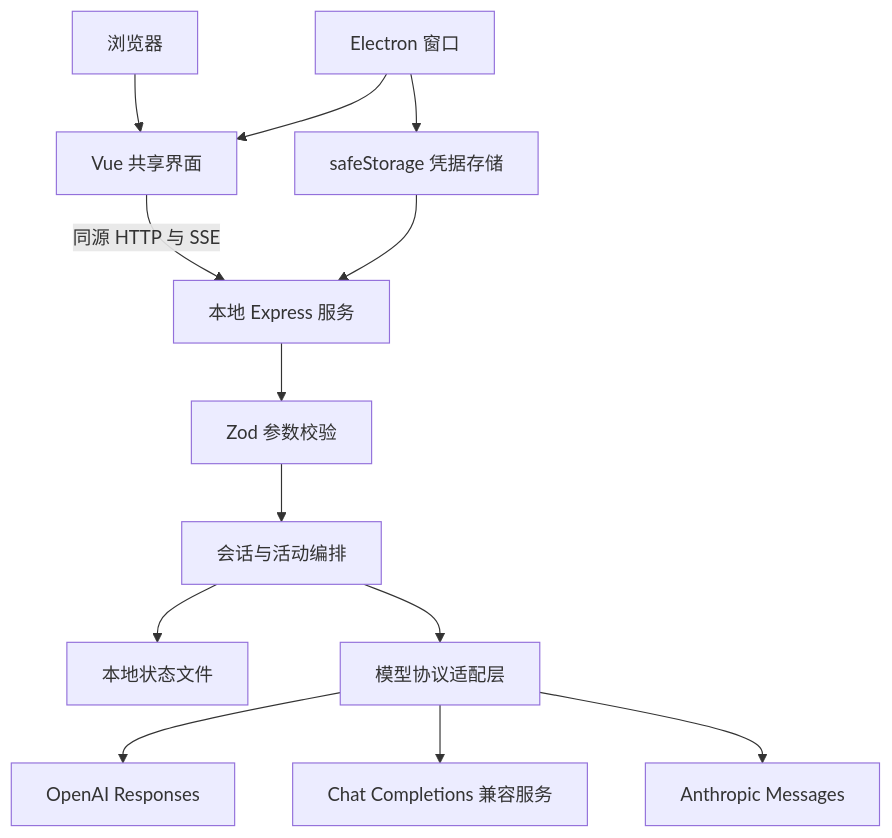
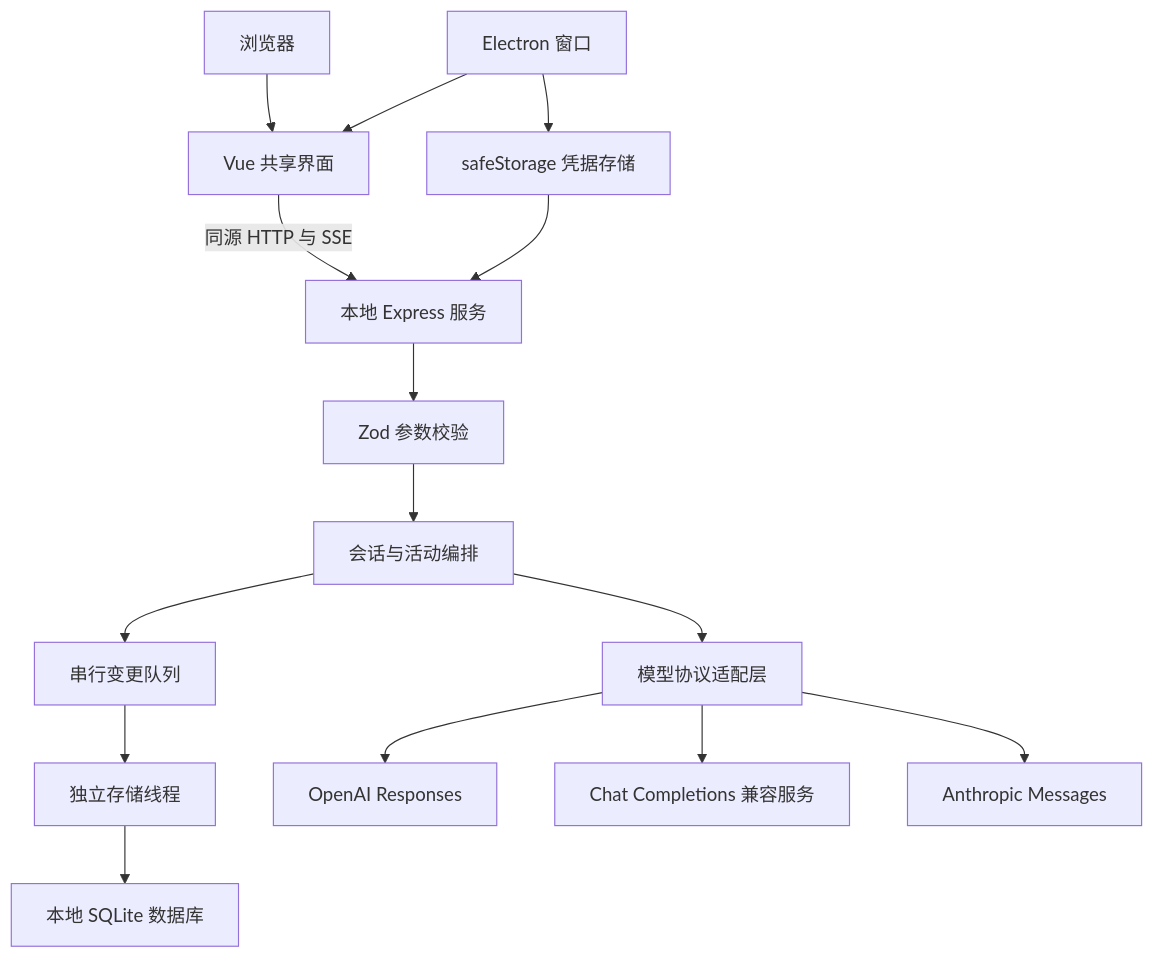
Before and after one commit to Immediatelyaway/ChatWorker: the diagram in docs/design.md, drawn with Mermaid. The commit also changed other lines of this file and 40 other files, not shown here.

Commit message:
feat(storage): migrate history to SQLite with crash recovery

````diff
--- a/docs/design.md
+++ b/docs/design.md
@@ -61,15 +61,17 @@
 ```mermaid
 flowchart TB
   Browser[浏览器] --> Vue[Vue 共享界面]
   Electron[Electron 窗口] --> Vue
   Vue -->|同源 HTTP 与 SSE| API[本地 Express 服务]
   API --> Validation[Zod 参数校验]
   Validation --> Conversations[会话与活动编排]
-  Conversations --> Storage[本地状态文件]
+  Conversations --> Storage[串行变更队列]
+  Storage --> Worker[独立存储线程]
+  Worker --> SQLite[本地 SQLite 数据库]
   Conversations --> Providers[模型协议适配层]
   Providers --> OpenAI[OpenAI Responses]
   Providers --> Compatible[Chat Completions 兼容服务]
   Providers --> Claude[Anthropic Messages]
   Electron --> Vault[safeStorage 凭据存储]
   Vault --> API
 ```
````
